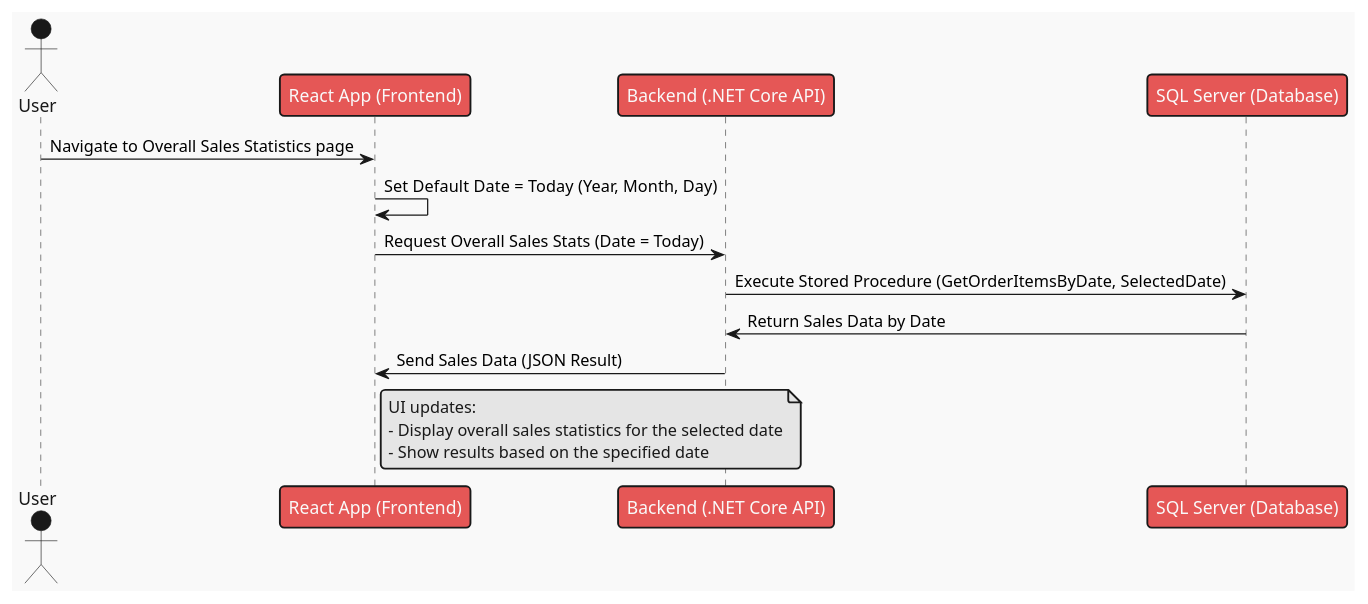
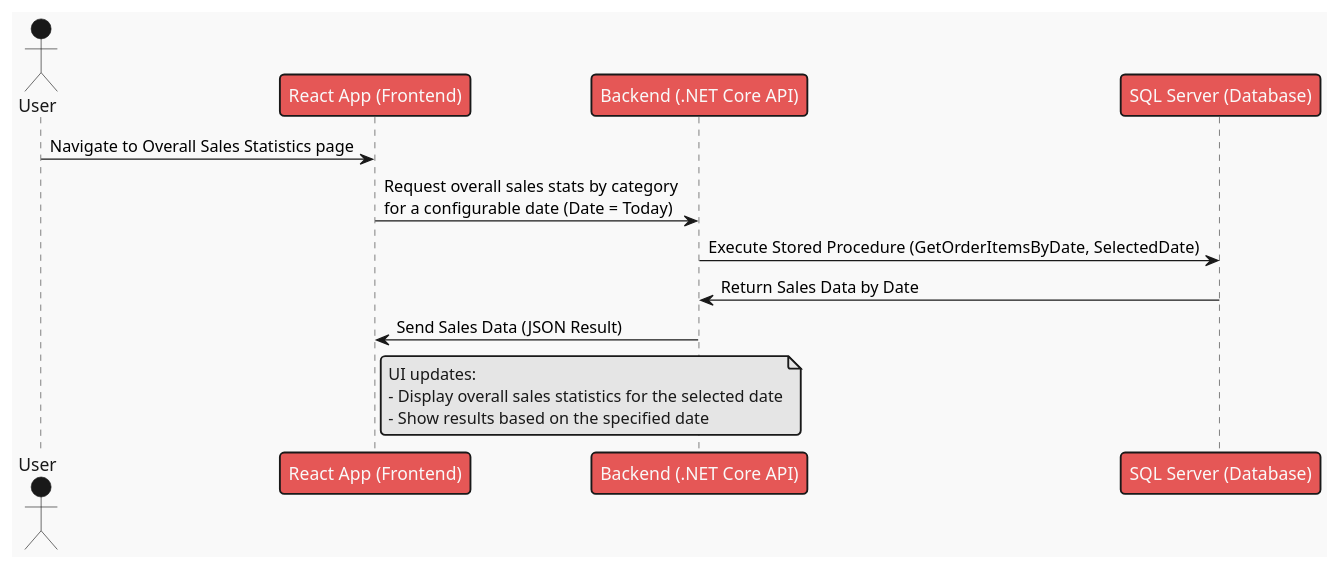
One commit to itthardik/DashboardAPI changed the diagram in Documentation/SequenceDigrams/Sales/DiagramCode/GetOverallSalesStatsBasedOnDays.puml. Above: the diagram before and after it, drawn with PlantUML. The commit also changed 27 other files, not shown here.

```diff
--- a/Documentation/SequenceDigrams/Sales/DiagramCode/GetOverallSalesStatsBasedOnDays.puml
+++ b/Documentation/SequenceDigrams/Sales/DiagramCode/GetOverallSalesStatsBasedOnDays.puml
@@ -1,18 +1,17 @@
 @startuml
 !theme mars
 actor User
 
 User -> "React App (Frontend)" : Navigate to Overall Sales Statistics page
-"React App (Frontend)" -> "React App (Frontend)" : Set Default Date = Today (Year, Month, Day)
-"React App (Frontend)" -> "Backend (.NET Core API)" : Request Overall Sales Stats (Date = Today)
+"React App (Frontend)" -> "Backend (.NET Core API)" : Request overall sales stats by category\nfor a configurable date (Date = Today)
 "Backend (.NET Core API)" -> "SQL Server (Database)" : Execute Stored Procedure (GetOrderItemsByDate, SelectedDate)
 "SQL Server (Database)" -> "Backend (.NET Core API)" : Return Sales Data by Date
 "Backend (.NET Core API)" -> "React App (Frontend)" : Send Sales Data (JSON Result)
 
 note right of "React App (Frontend)"
 UI updates:
 - Display overall sales statistics for the selected date
 - Show results based on the specified date
 end note
 
 @enduml
```
